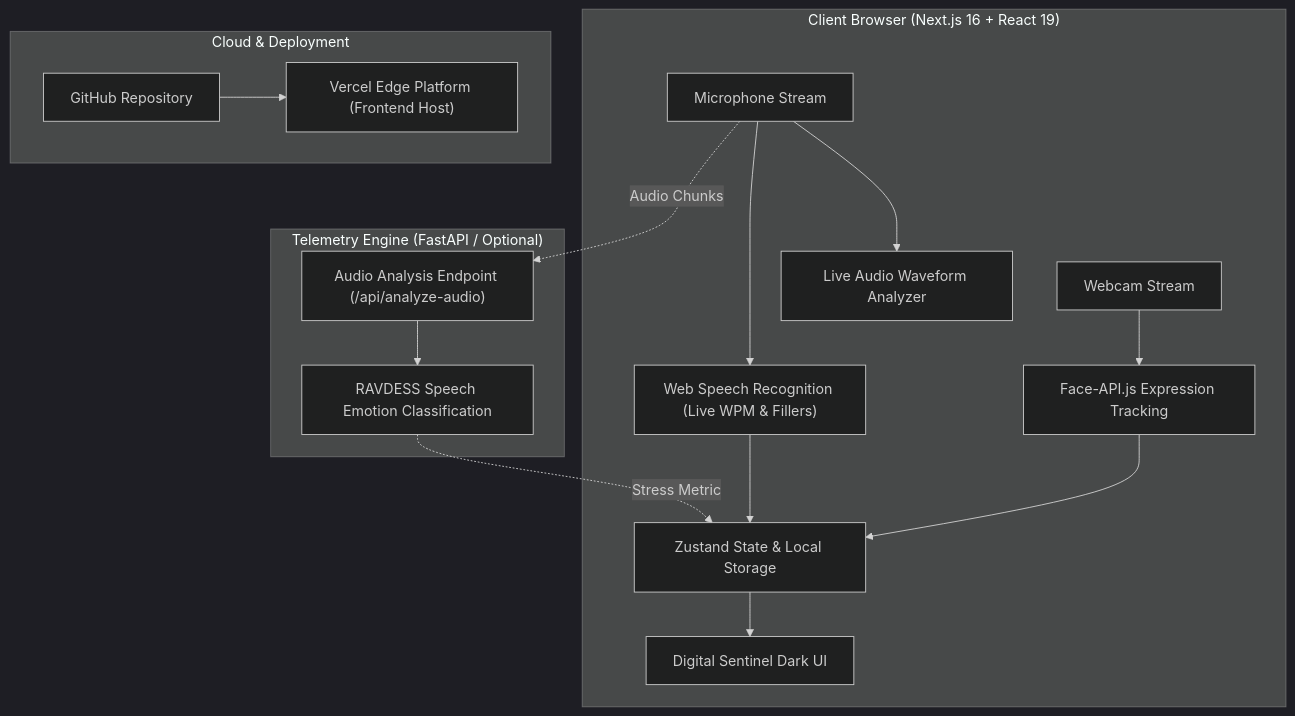
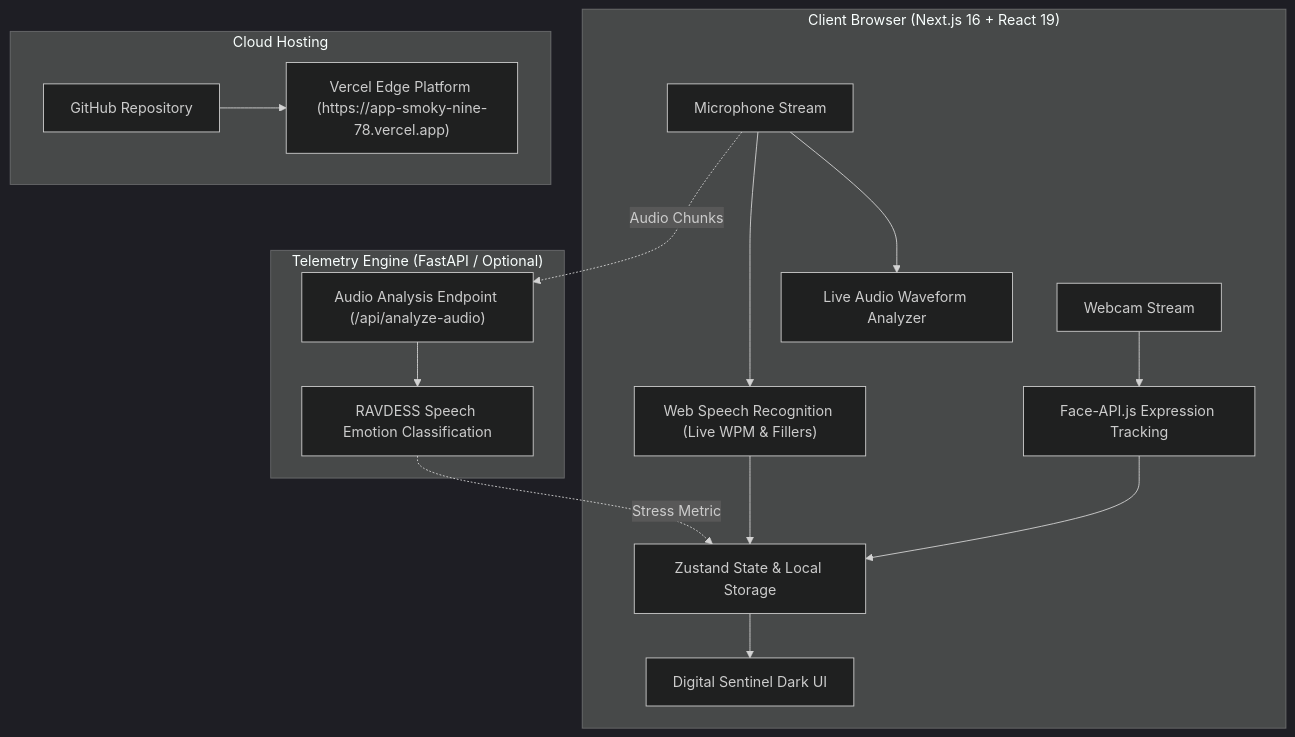
One commit to sharmashweta-04/interview_shield changed the diagram in README.md. Above: the diagram before and after it, drawn with Mermaid (dark theme). The commit also changed other lines of this file and 1 other file, not shown here.

Commit message:
docs: replace Deploy to Vercel section with direct live Vercel link and update documentation

````diff
--- a/README.md
+++ b/README.md
@@ -122,33 +120,33 @@
 ```mermaid
 flowchart TB
     subgraph Client ["Client Browser (Next.js 16 + React 19)"]
         UI["Digital Sentinel Dark UI"]
         Mic["Microphone Stream"]
         Cam["Webcam Stream"]
         AudioVis["Live Audio Waveform Analyzer"]
         STT["Web Speech Recognition (Live WPM & Fillers)"]
         FaceNet["Face-API.js Expression Tracking"]
         Store["Zustand State & Local Storage"]
     end
 
     subgraph Backend ["Telemetry Engine (FastAPI / Optional)"]
         API["Audio Analysis Endpoint (/api/analyze-audio)"]
         ML["RAVDESS Speech Emotion Classification"]
     end
 
-    subgraph Cloud ["Cloud & Deployment"]
-        Vercel["Vercel Edge Platform (Frontend Host)"]
+    subgraph Cloud ["Cloud Hosting"]
+        Vercel["Vercel Edge Platform (https://app-smoky-nine-78.vercel.app)"]
         GH["GitHub Repository"]
     end
 
     Mic --> AudioVis
     Mic --> STT
     Cam --> FaceNet
     Mic -.->|Audio Chunks| API
     API --> ML
     ML -.->|Stress Metric| Store
     STT --> Store
     FaceNet --> Store
     Store --> UI
     GH --> Vercel
 ```
````
